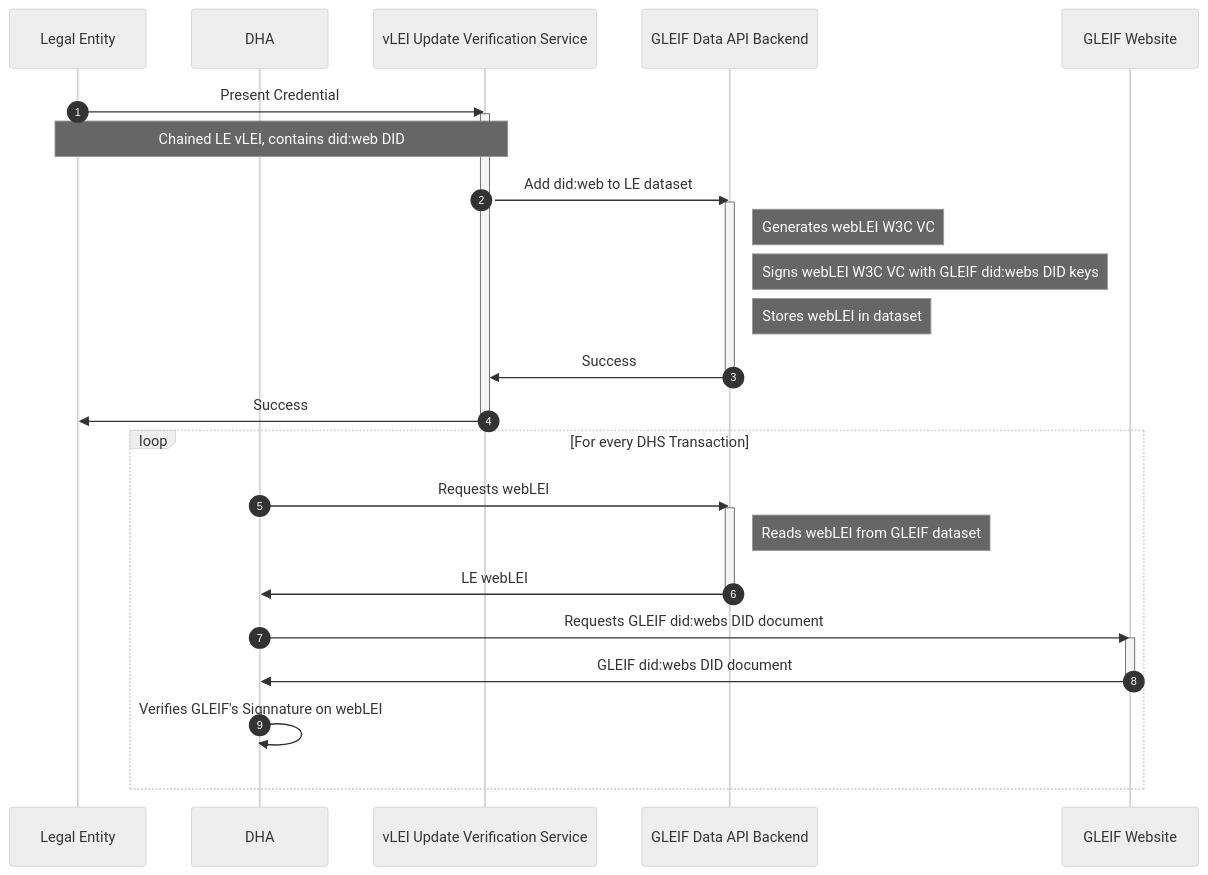
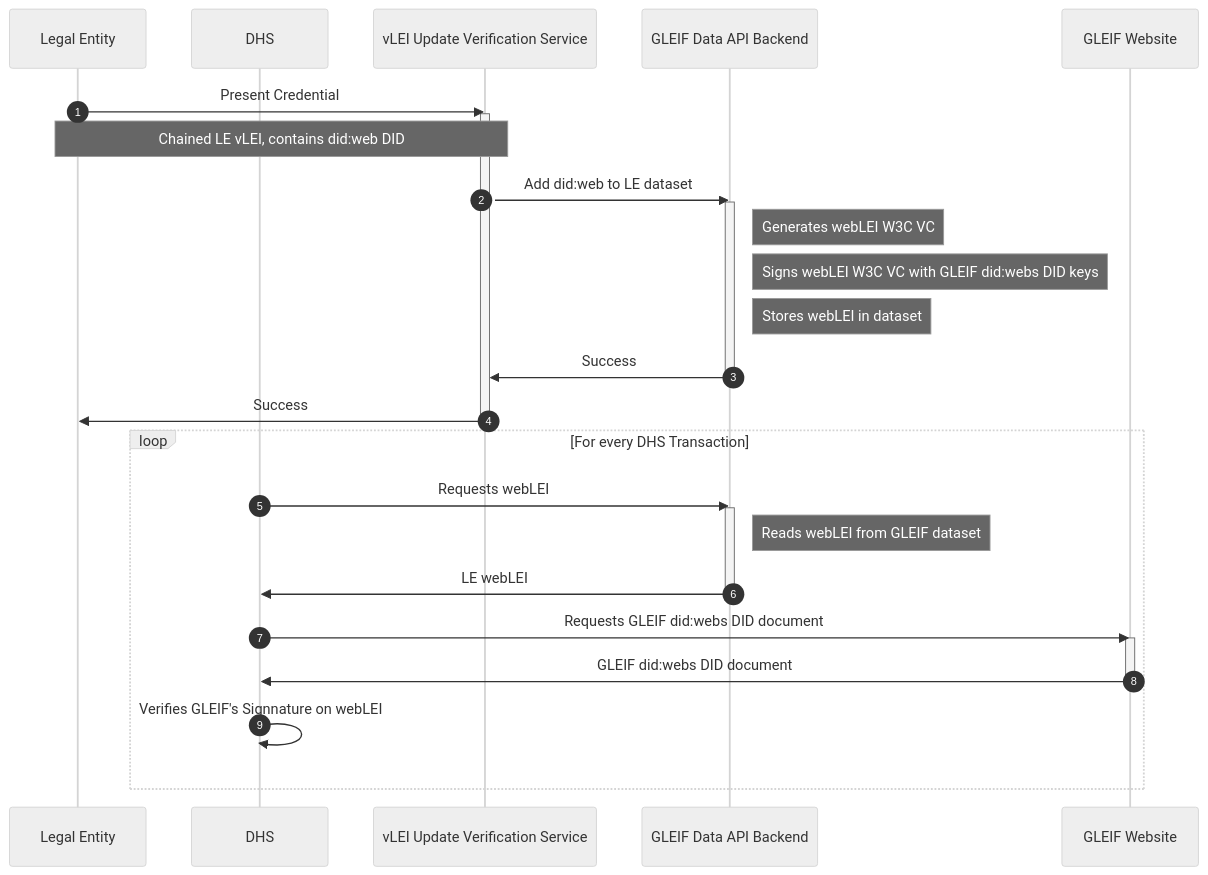
Before and after one commit to m00sey/merfolk: the diagram in dhs.md, drawn with Mermaid (neutral theme). The commit also changed 6 other files, not shown here.

Commit message:
initial diagrams

````diff
--- a/dhs.md
+++ b/dhs.md
@@ -1,35 +1,35 @@
 ```mermaid
 sequenceDiagram
 autonumber
 
 participant LE as Legal Entity
-participant D as DHA
+participant D as DHS
 participant V as vLEI Update Verification Service
 participant G as GLEIF Data API Backend
 participant W as GLEIF Website
 
 LE->>V: Present Credential
 activate V
 Note over LE,V: Chained LE vLEI, contains did:web DID
 V->>G: Add did:web to LE dataset
 activate G
 Note right of G: Generates webLEI W3C VC
 Note right of G: Signs webLEI W3C VC with GLEIF did:webs DID keys
 Note right of G: Stores webLEI in dataset
 G->>V: Success
 deactivate G
 V->>LE: Success
 deactivate V
 loop For every DHS Transaction
     D->>G: Requests webLEI
     activate G
     Note right of G: Reads webLEI from GLEIF dataset
     G->>D: LE webLEI
     deactivate G
     D->>W: Requests GLEIF did:webs DID document
     activate W
     W->>D: GLEIF did:webs DID document
     deactivate W
     D->>D: Verifies GLEIF's Signnature on webLEI
 end
 ```
````
